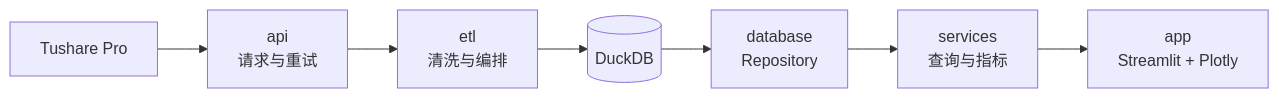
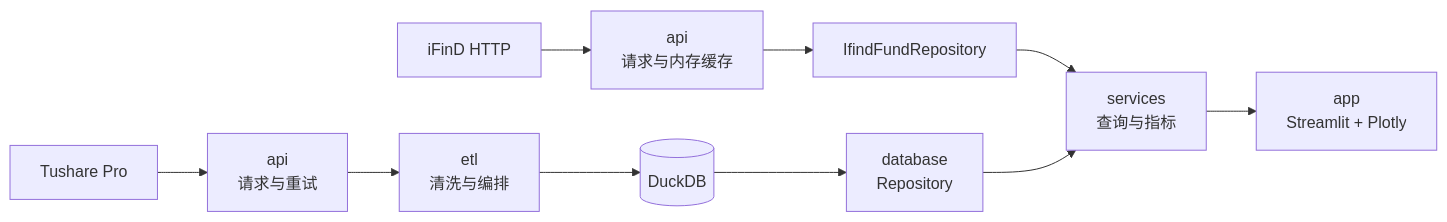
Before and after one commit to zhang66678/fund_database: the diagram in README.md, drawn with Mermaid. The commit also changed other lines of this file and 15 other files, not shown here.

````diff
--- a/README.md
+++ b/README.md
@@ -44,9 +44,12 @@
 ```mermaid
 flowchart LR
     A[Tushare Pro] --> B[api<br/>请求与重试]
     B --> C[etl<br/>清洗与编排]
     C --> D[(DuckDB)]
     D --> E[database<br/>Repository]
+    H[iFinD HTTP] --> I[api<br/>请求与内存缓存]
+    I --> J[IfindFundRepository]
+    J --> F
     E --> F[services<br/>查询与指标]
     F --> G[app<br/>Streamlit + Plotly]
 ```
````
